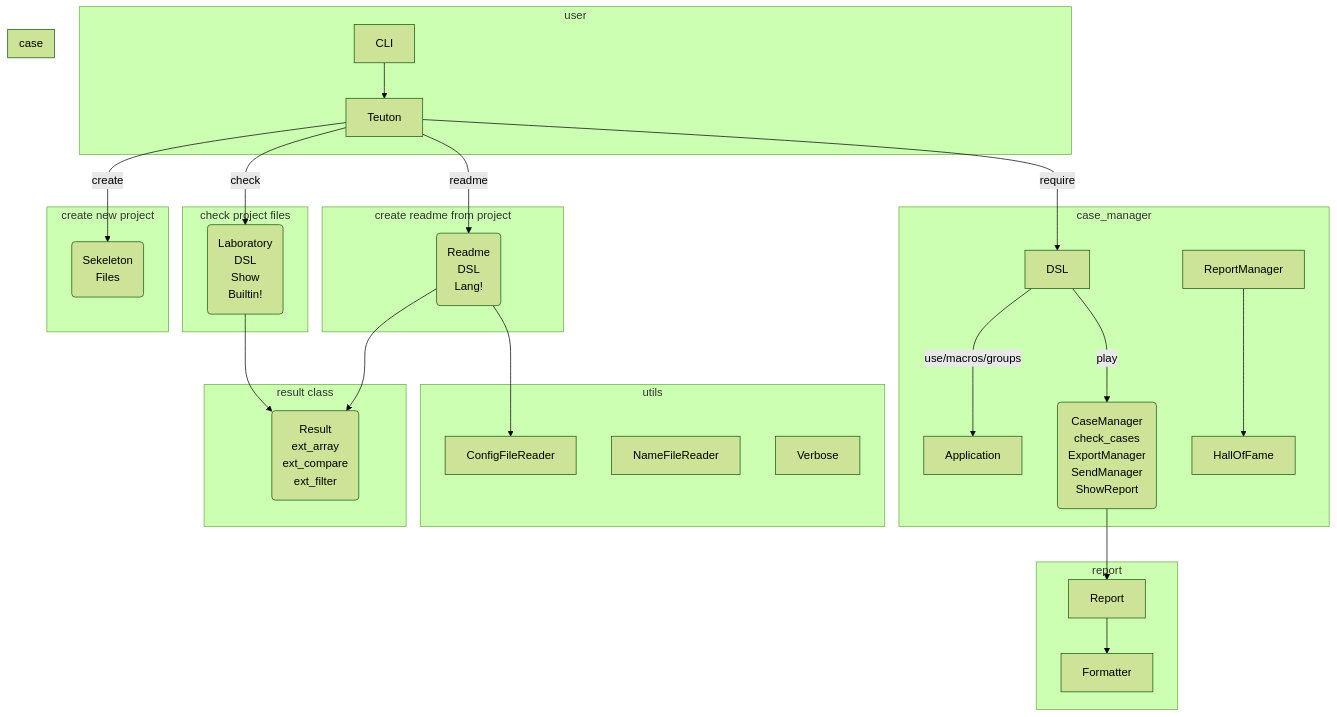
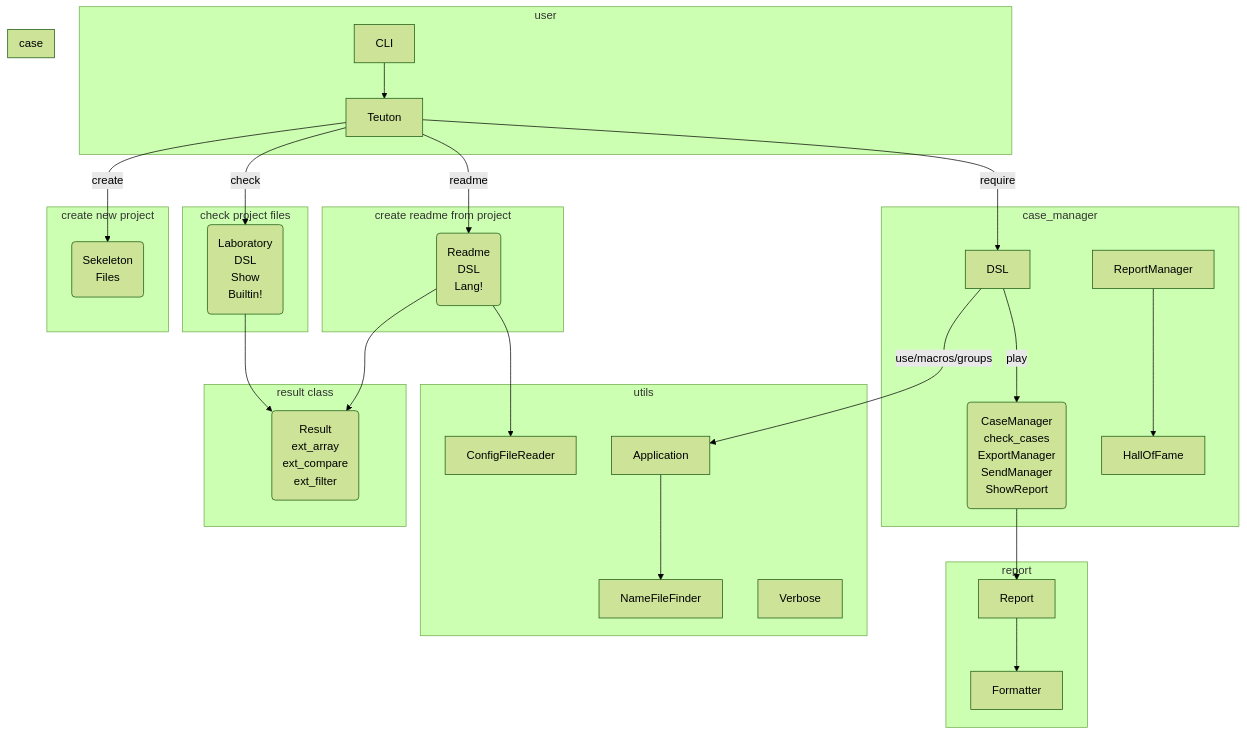
The diagram in docs/diagram.md (teuton-software/teuton), drawn with Mermaid (forest theme) before and after one commit.

````diff
--- a/docs/diagram.md
+++ b/docs/diagram.md
@@ -5,46 +5,46 @@
 ```mermaid
 flowchart TB
 
 subgraph user
   CLI --> Teuton
 end
 
 subgraph "create new project"
   Teuton -- create --> Skeleton("Sekeleton\nFiles")
 end
 
 subgraph "check project files"
   Teuton -- check --> Laboratory("Laboratory\nDSL\nShow\nBuiltin!")
 end
 
 subgraph "create readme from project"
   Teuton -- readme --> Readme("Readme\nDSL\nLang!")
 end
 
 subgraph "result class"
   Laboratory --> Result
   Readme --> Result("Result\next_array\next_compare\next_filter")
 end
 
 subgraph utils
   Readme --> ConfigFileReader
-  NameFileReader
+  Application --> NameFileFinder
   Verbose
 end
 
 subgraph case_manager
   Teuton -- require --> DSL
   DSL -- use/macros/groups --> Application
   DSL -- play --> CaseManager("CaseManager\ncheck_cases\nExportManager\nSendManager\nShowReport")
   ReportManager --> HallOfFame
 end
 
 subgraph case
   Result("Result\next_array\next_compare\next_filter")
 end
 
 subgraph report
   CaseManager --> Report
   Report --> Formatter
 end
 ```
````
